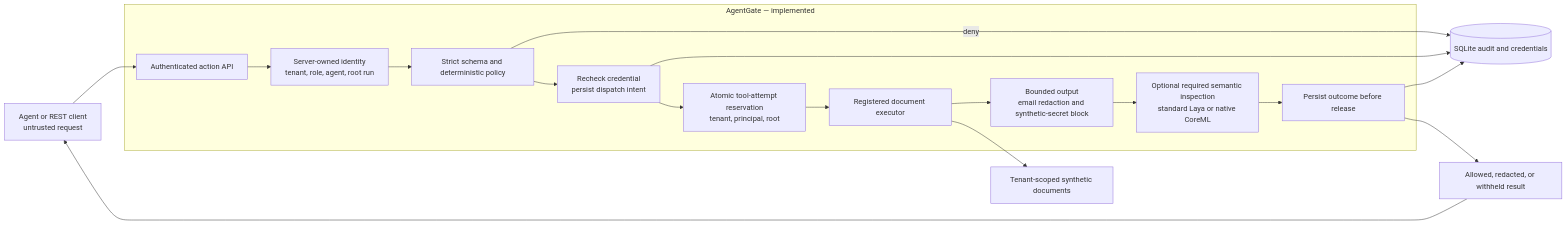
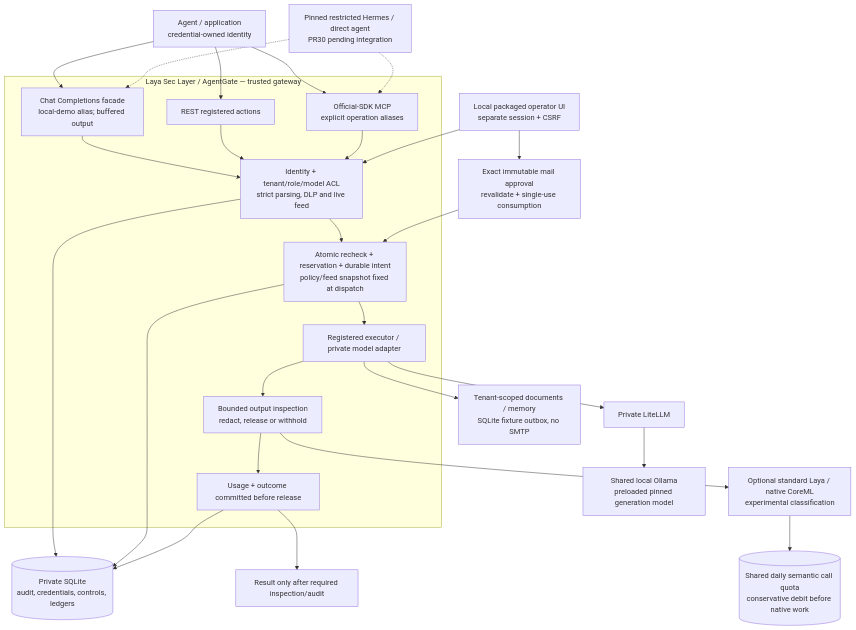
The first of 3 diagrams in docs/architecture.md (bsisduck/laya-layer), drawn with Mermaid before and after one commit. The commit also changed other lines of this file and 9 other files, not shown here.

````diff
--- a/docs/architecture.md
+++ b/docs/architecture.md
@@ -9,20 +11,43 @@
 ```mermaid
-flowchart LR
-    Client["Agent or REST client<br/>untrusted request"] --> API["Authenticated action API"]
-    subgraph Gateway["AgentGate — implemented"]
-        API --> Identity["Server-owned identity<br/>tenant, role, agent, root run"]
-        Identity --> Policy["Strict schema and deterministic policy"]
-        Policy --> Intent["Recheck credential<br/>persist dispatch intent"]
-        Intent --> Budget["Atomic tool-attempt reservation<br/>tenant, principal, root"]
-        Budget --> Executor["Registered document executor"]
-        Executor --> Filter["Bounded output<br/>email redaction and synthetic-secret block"]
-        Filter --> Semantic["Optional required semantic inspection<br/>standard Laya or native CoreML"]
-        Semantic --> Outcome["Persist outcome before release"]
+flowchart TB
+    Client["Agent / application
+credential-owned identity"] --> Model["Chat Completions facade
+local-demo alias; buffered output"]
+    Client --> REST["REST registered actions"]
+    Client --> MCP["Official-SDK MCP
+explicit operation aliases"]
+    Hermes["Pinned restricted Hermes / direct agent
+PR30 pending integration"] -.-> Model
+    Hermes -.-> MCP
+    subgraph Gate["Laya Sec Layer / AgentGate — trusted gateway"]
+        Model --> Rules["Identity + tenant/role/model ACL
+strict parsing, DLP and live feed"]
+        REST --> Rules
+        MCP --> Rules
+        Rules --> Ledger["Atomic recheck + reservation + durable intent
+policy/feed snapshot fixed at dispatch"]
+        Ledger --> Dispatch["Registered executor / private model adapter"]
+        Dispatch --> Inspect["Bounded output inspection
+redact, release or withhold"]
+        Inspect --> Commit["Usage + outcome committed before release"]
     end
-    Policy -- deny --> Audit[("SQLite audit and credentials")]
-    Intent --> Audit
-    Outcome --> Audit
-    Executor --> Fixtures["Tenant-scoped synthetic documents"]
-    Outcome --> Response["Allowed, redacted, or withheld result"]
-    Response --> Client
+    Operator["Local packaged operator UI
+separate session + CSRF"] --> Rules
+    Operator --> Approval["Exact immutable mail approval
+revalidate + single-use consumption"]
+    Approval --> Ledger
+    Dispatch --> Fixtures["Tenant-scoped documents / memory
+SQLite fixture outbox, no SMTP"]
+    Dispatch --> Lite["Private LiteLLM"]
+    Lite --> Ollama["Shared local Ollama
+preloaded pinned generation model"]
+    Inspect --> Semantic["Optional standard Laya / native CoreML
+experimental classification"]
+    Semantic --> Quota[("Shared daily semantic call quota
+conservative debit before native work")]
+    Rules --> DB[("Private SQLite
+audit, credentials, controls, ledgers")]
+    Ledger --> DB
+    Commit --> DB
+    Commit --> Reply["Result only after required inspection/audit"]
 ```
````
